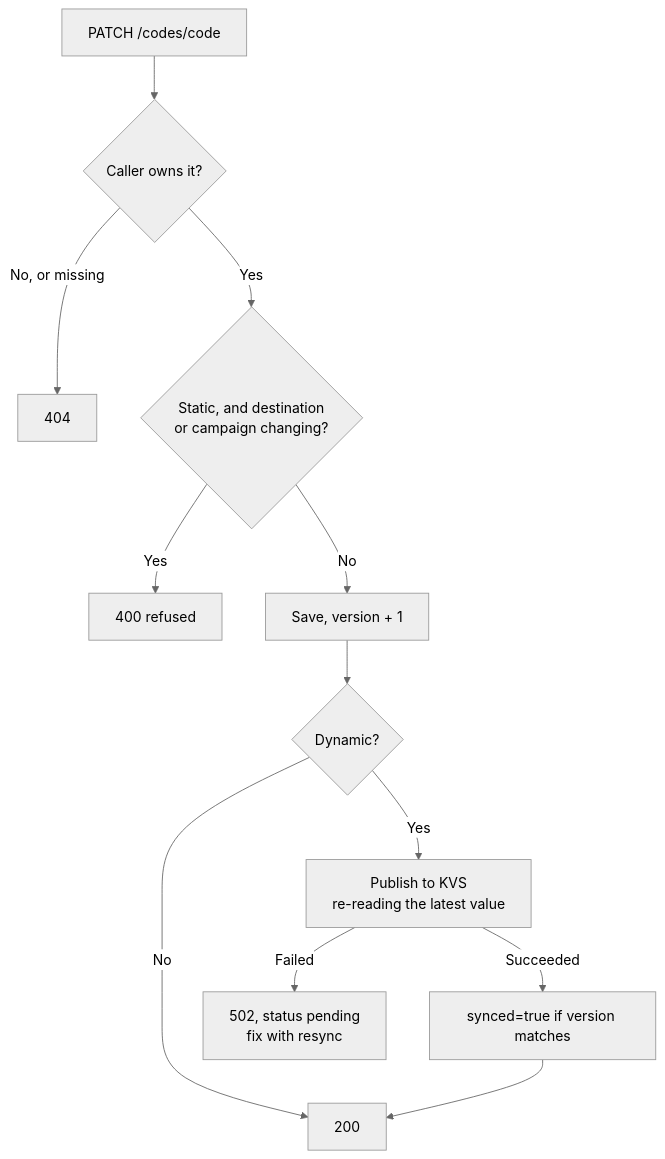
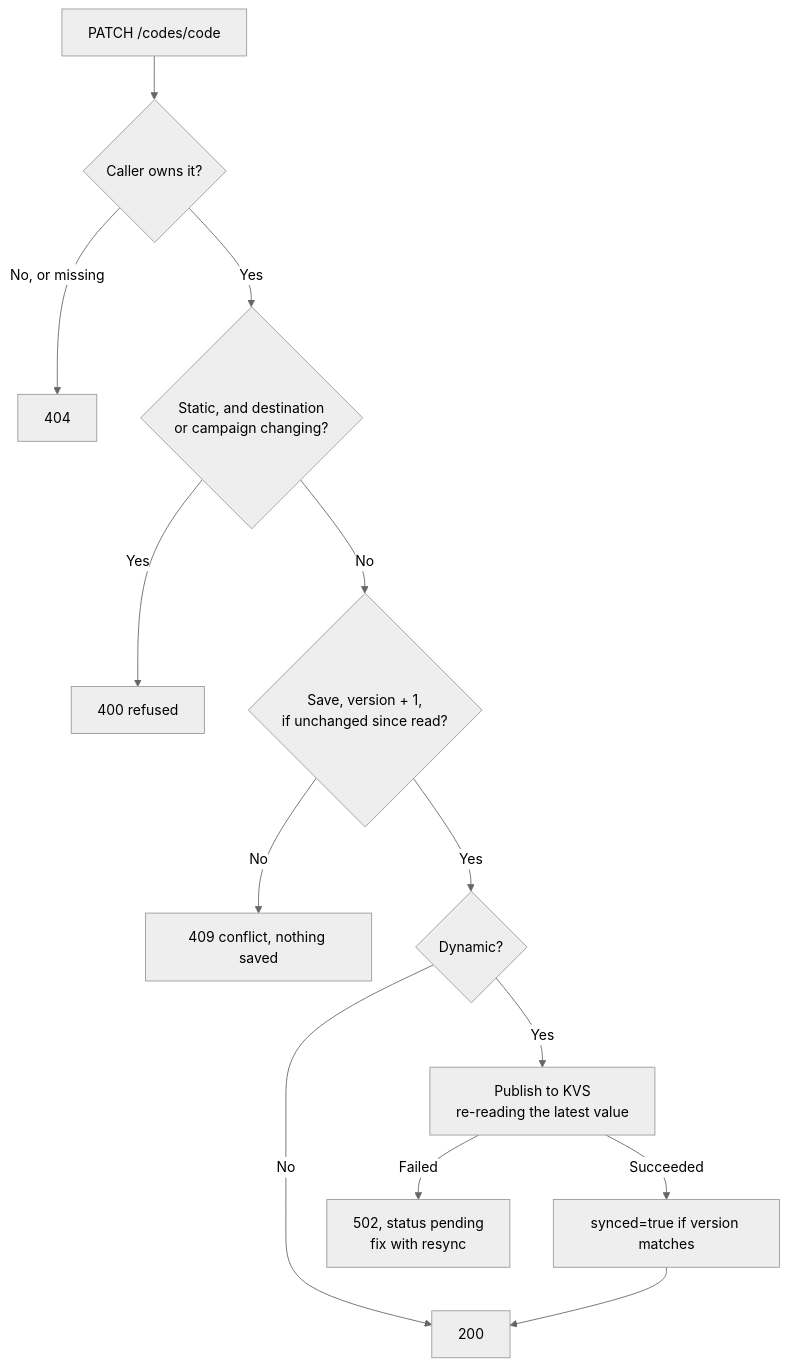
Before and after one commit to saastabp/qr-manager: the seventh of 8 diagrams in docs/DESIGN.md, drawn with Mermaid (neutral theme). The commit also changed other lines of this file and 17 other files, not shown here.

````diff
--- a/docs/DESIGN.md
+++ b/docs/DESIGN.md
@@ -314,13 +314,14 @@
 ```mermaid
 flowchart TD
     R[PATCH /codes/code] --> O{Caller owns it?}
     O -->|No, or missing| N[404]
     O -->|Yes| T{Static, and destination<br/>or campaign changing?}
     T -->|Yes| REJ[400 refused]
-    T -->|No| W[Save, version + 1]
-    W --> DY{Dynamic?}
+    T -->|No| W{Save, version + 1,<br/>if unchanged since read?}
+    W -->|No| CONF[409 conflict, nothing saved]
+    W -->|Yes| DY{Dynamic?}
     DY -->|No| OK[200]
     DY -->|Yes| PUB[Publish to KVS<br/>re-reading the latest value]
     PUB -->|Succeeded| SY[synced=true if version matches] --> OK
     PUB -->|Failed| E[502, status pending<br/>fix with resync]
 ```
````
